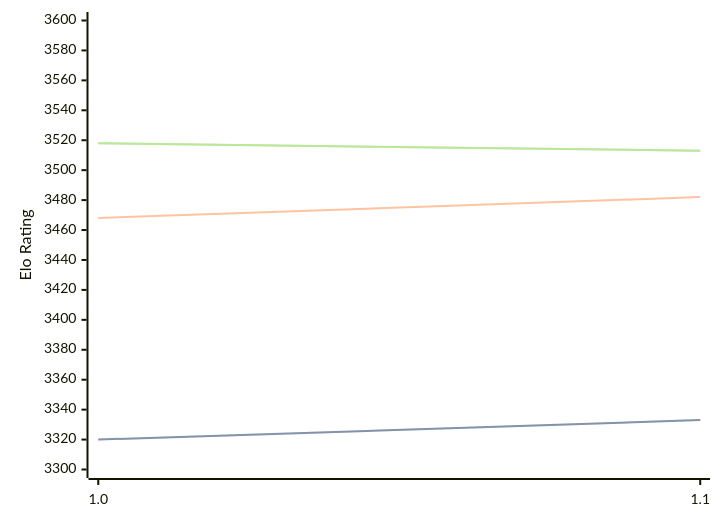
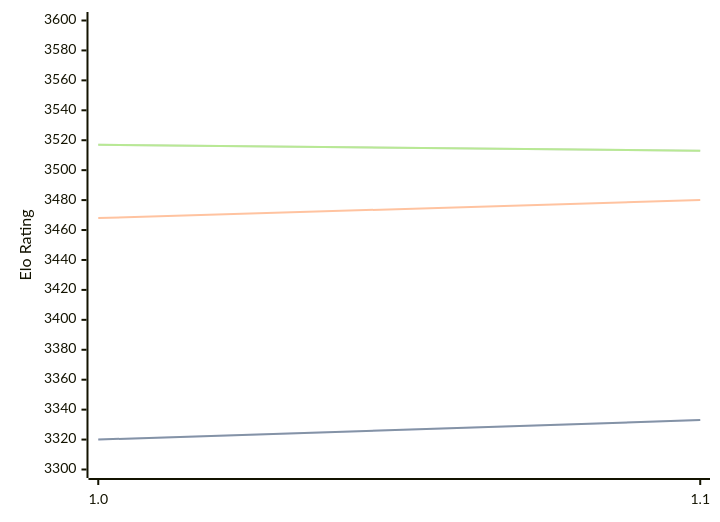
The first of 3 diagrams in engines/Horsie.md (computer-chess-index/cci), drawn with Mermaid before and after one commit. The commit also changed other lines of this file, not shown here.

Commit message:
Update CCI Ratings (ELO VLTC) - 2026-06-20

````diff
--- a/engines/Horsie.md
+++ b/engines/Horsie.md
@@ -32,11 +32,11 @@
 ```mermaid
 %%{init: {"theme":"base","themeVariables":{"seriesColors:['#a3a3a3','#222221','#faa371']}}}%%
 xychart-beta
   x-axis ["1.0", "1.1"]
   y-axis "Elo Rating" 3300 --> 3600
   line "STC (8.0+0.08s)" [3320, 3333]
   line "STC (8.0+0.08s)" [3320, 3333]
-  line "LTC (60.0+0.60s)" [3468, 3482]
-  line "VLTC (2m24s+1.12s)" [3518, 3513]
-  line "VLTC (2m24s+1.12s)" [3518, 3513]
+  line "LTC (60.0+0.60s)" [3468, 3480]
+  line "VLTC (2m24s+1.12s)" [3517, 3513]
+  line "VLTC (2m24s+1.12s)" [3517, 3513]
 ```
````
